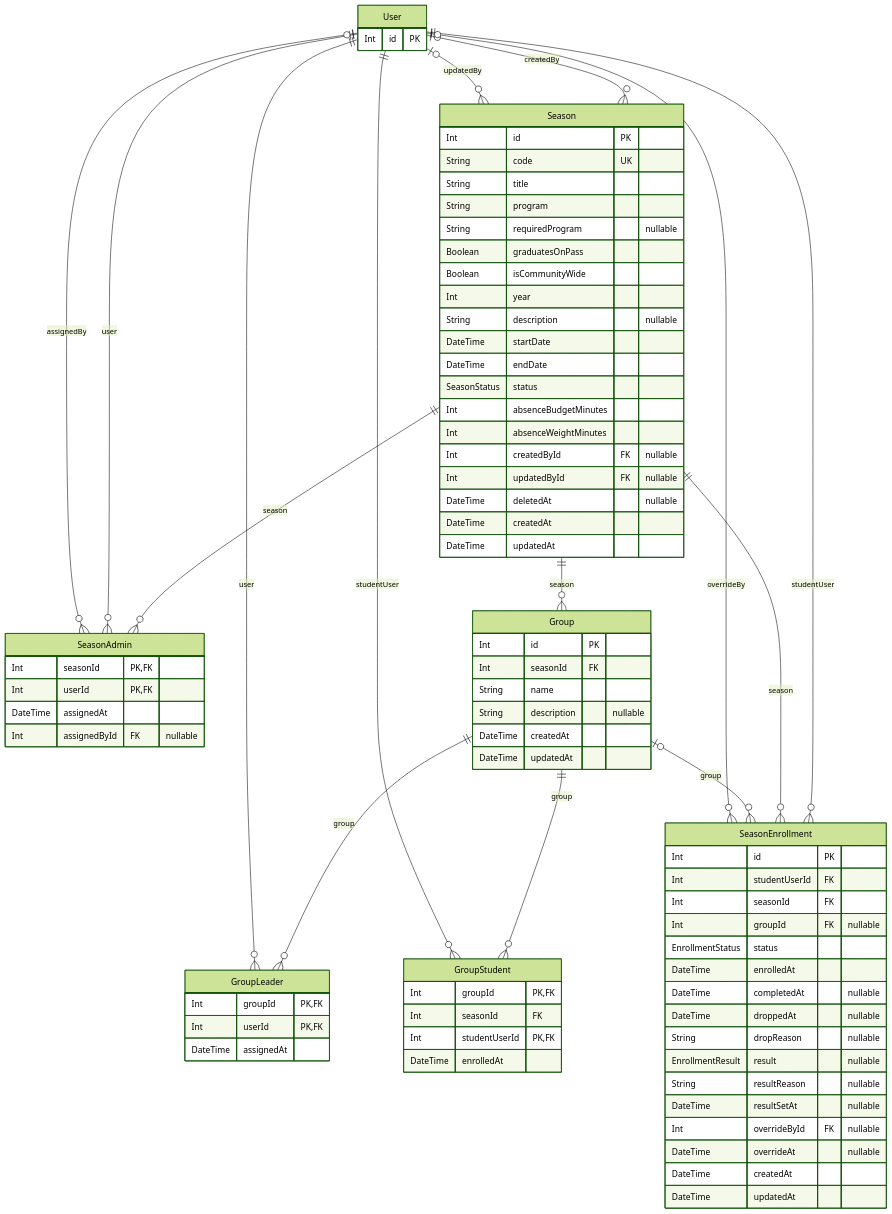
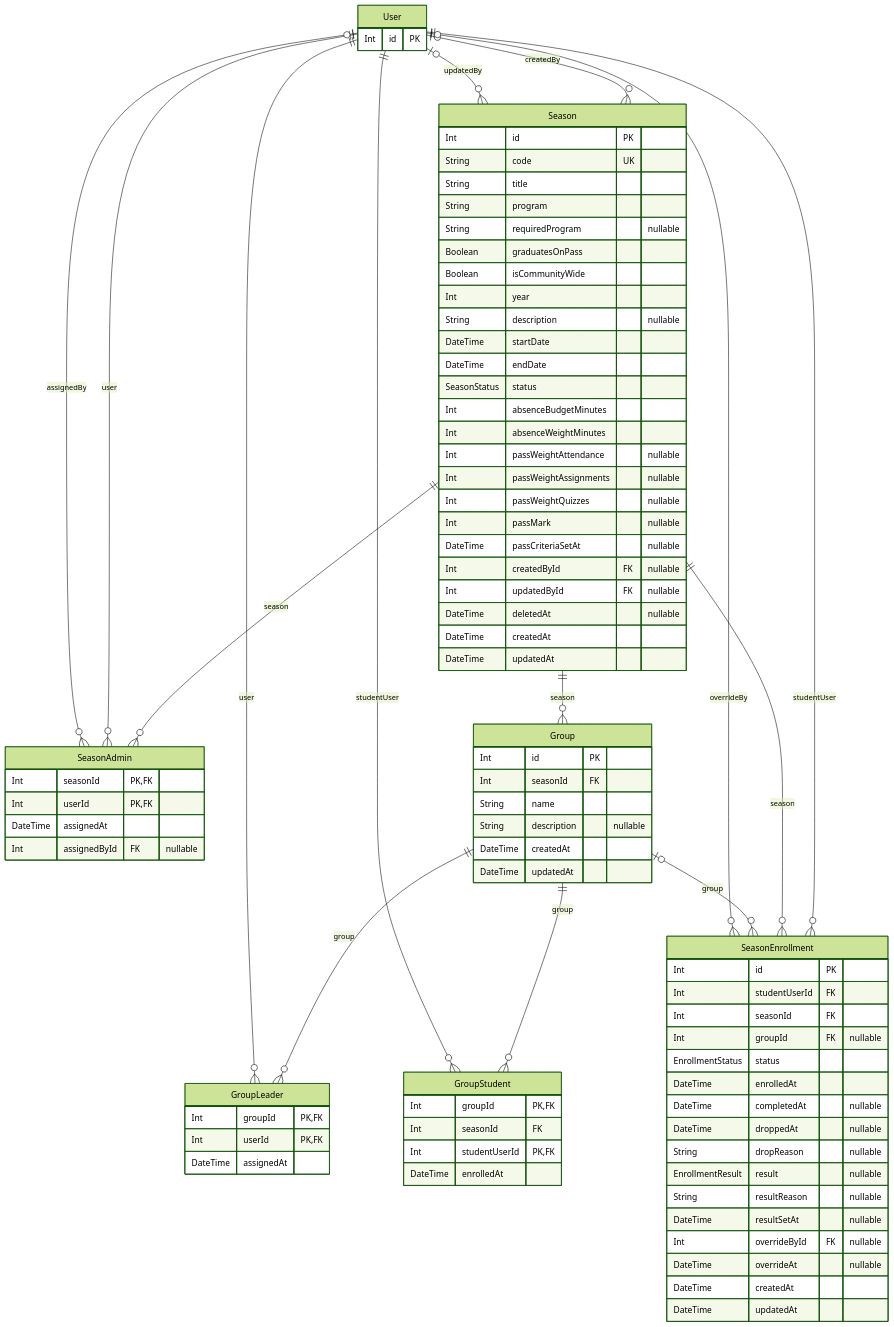
One commit to MarkBotros0/space-v2 changed the second of 7 diagrams in docs/database/erd.md. Above: the diagram before and after it, drawn with Mermaid (forest theme). The commit also changed other lines of this file and 18 other files, not shown here.

```diff
--- a/docs/database/erd.md
+++ b/docs/database/erd.md
@@ -145,6 +145,11 @@
     SeasonStatus status
     Int absenceBudgetMinutes
     Int absenceWeightMinutes
+    Int passWeightAttendance "nullable"
+    Int passWeightAssignments "nullable"
+    Int passWeightQuizzes "nullable"
+    Int passMark "nullable"
+    DateTime passCriteriaSetAt "nullable"
     Int createdById FK "nullable"
     Int updatedById FK "nullable"
     DateTime deletedAt "nullable"
```
